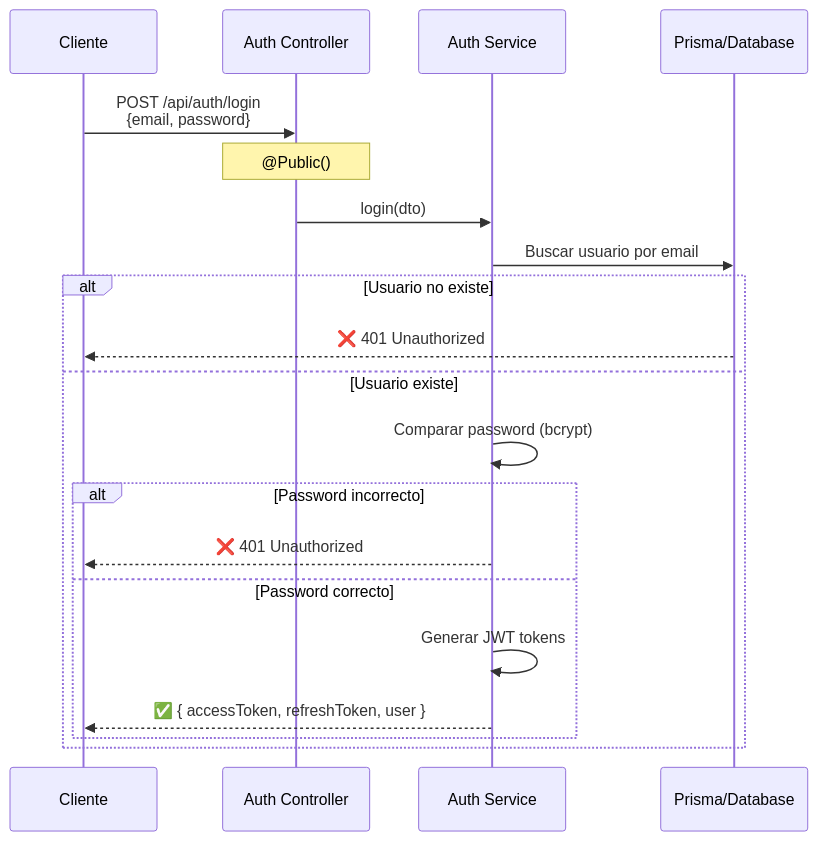
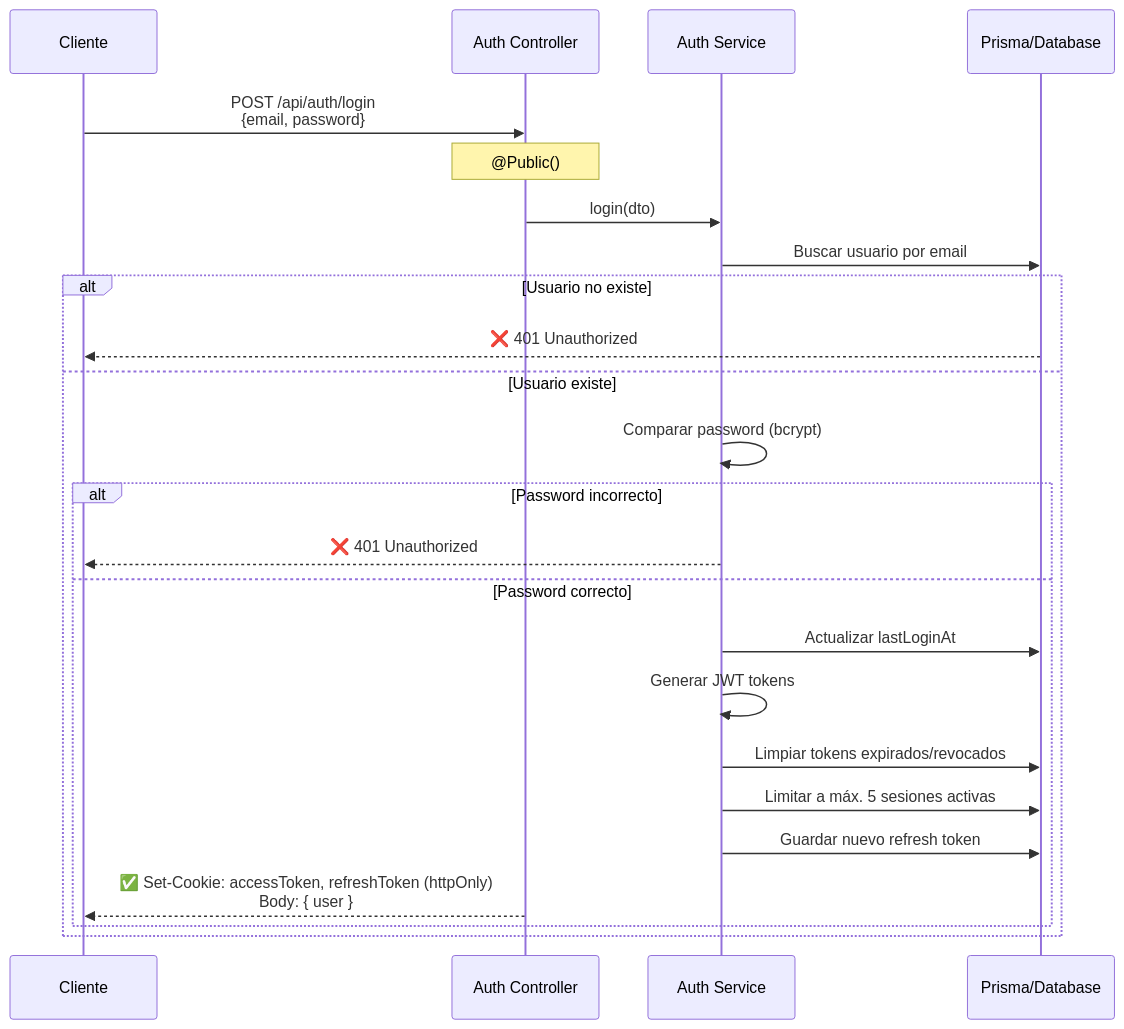
One commit to davitpra/backend-claw-and-soul- changed the third of 14 diagrams in FLUJOS.md. Above: the diagram before and after it, drawn with Mermaid. The commit also changed other lines of this file and 3 other files, not shown here.

Commit message:
feat(auth): update JWT strategy, guards, filters and flow documentation

````diff
--- a/FLUJOS.md
+++ b/FLUJOS.md
@@ -107,23 +111,27 @@
 ```mermaid
 sequenceDiagram
     participant C as Cliente
     participant API as Auth Controller
     participant S as Auth Service
     participant DB as Prisma/Database
 
     C->>API: POST /api/auth/login<br/>{email, password}
     Note over API: @Public()
     API->>S: login(dto)
     S->>DB: Buscar usuario por email
     alt Usuario no existe
         DB-->>C: ❌ 401 Unauthorized
     else Usuario existe
         S->>S: Comparar password (bcrypt)
         alt Password incorrecto
             S-->>C: ❌ 401 Unauthorized
         else Password correcto
+            S->>DB: Actualizar lastLoginAt
             S->>S: Generar JWT tokens
-            S-->>C: ✅ { accessToken, refreshToken, user }
+            S->>DB: Limpiar tokens expirados/revocados
+            S->>DB: Limitar a máx. 5 sesiones activas
+            S->>DB: Guardar nuevo refresh token
+            API-->>C: ✅ Set-Cookie: accessToken, refreshToken (httpOnly)<br/>Body: { user }
         end
     end
 ```
````
